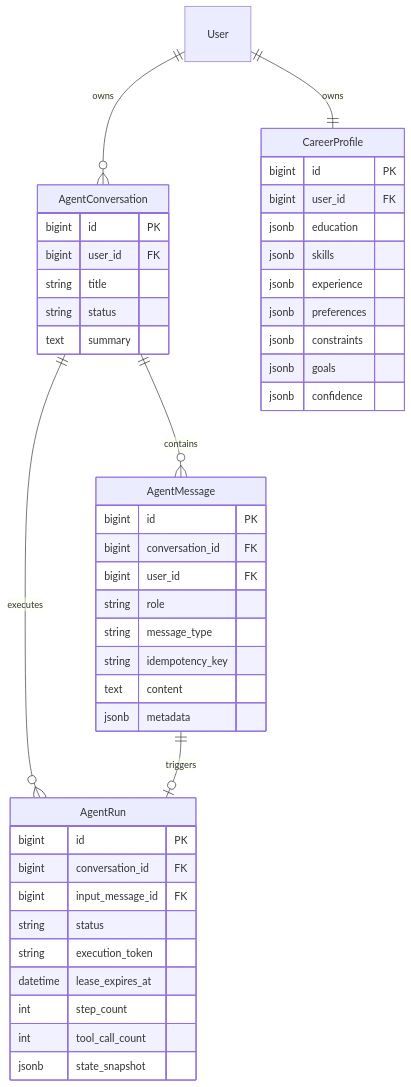
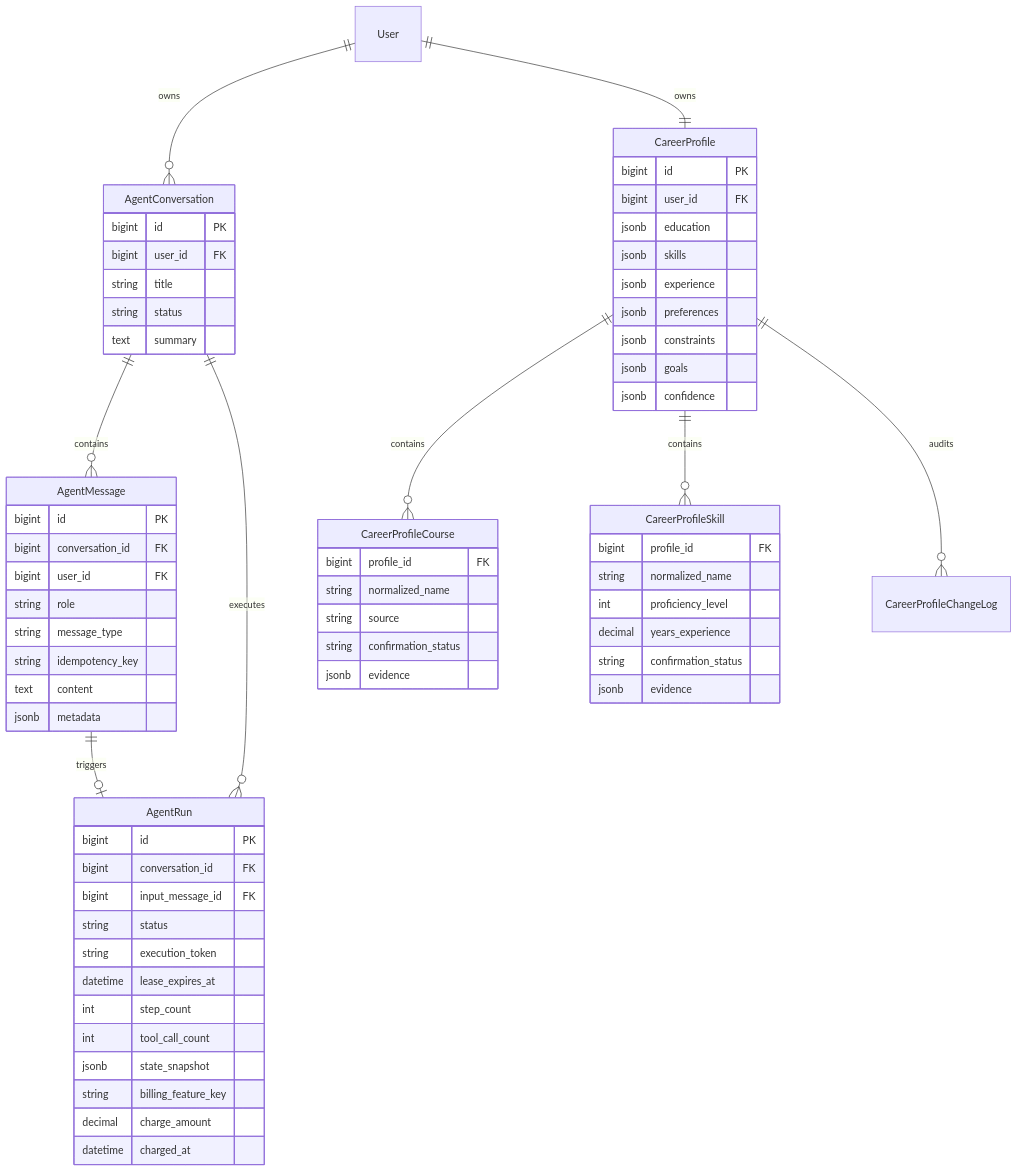
Before and after one commit to bo-ouyang/job: the second of 6 diagrams in docs/AGENT_ARCHITECTURE.md, drawn with Mermaid. The commit also changed other lines of this file and 66 other files, not shown here.

````diff
--- a/docs/AGENT_ARCHITECTURE.md
+++ b/docs/AGENT_ARCHITECTURE.md
@@ -49,48 +49,69 @@
 ```mermaid
 erDiagram
     User ||--o{ AgentConversation : owns
     AgentConversation ||--o{ AgentMessage : contains
     AgentConversation ||--o{ AgentRun : executes
     AgentMessage ||--o| AgentRun : triggers
     User ||--|| CareerProfile : owns
+    CareerProfile ||--o{ CareerProfileCourse : contains
+    CareerProfile ||--o{ CareerProfileSkill : contains
+    CareerProfile ||--o{ CareerProfileChangeLog : audits
 
     AgentConversation {
       bigint id PK
       bigint user_id FK
       string title
       string status
       text summary
     }
     AgentMessage {
       bigint id PK
       bigint conversation_id FK
       bigint user_id FK
       string role
       string message_type
       string idempotency_key
       text content
       jsonb metadata
     }
     AgentRun {
       bigint id PK
       bigint conversation_id FK
       bigint input_message_id FK
       string status
       string execution_token
       datetime lease_expires_at
       int step_count
       int tool_call_count
       jsonb state_snapshot
+      string billing_feature_key
+      decimal charge_amount
+      datetime charged_at
     }
     CareerProfile {
       bigint id PK
       bigint user_id FK
       jsonb education
       jsonb skills
       jsonb experience
       jsonb preferences
       jsonb constraints
       jsonb goals
       jsonb confidence
     }
+    CareerProfileCourse {
+      bigint profile_id FK
+      string normalized_name
+      string source
+      string confirmation_status
+      jsonb evidence
+    }
+    CareerProfileSkill {
+      bigint profile_id FK
+      string normalized_name
+      int proficiency_level
+      decimal years_experience
+      string confirmation_status
+      jsonb evidence
+    }
 ```
````
